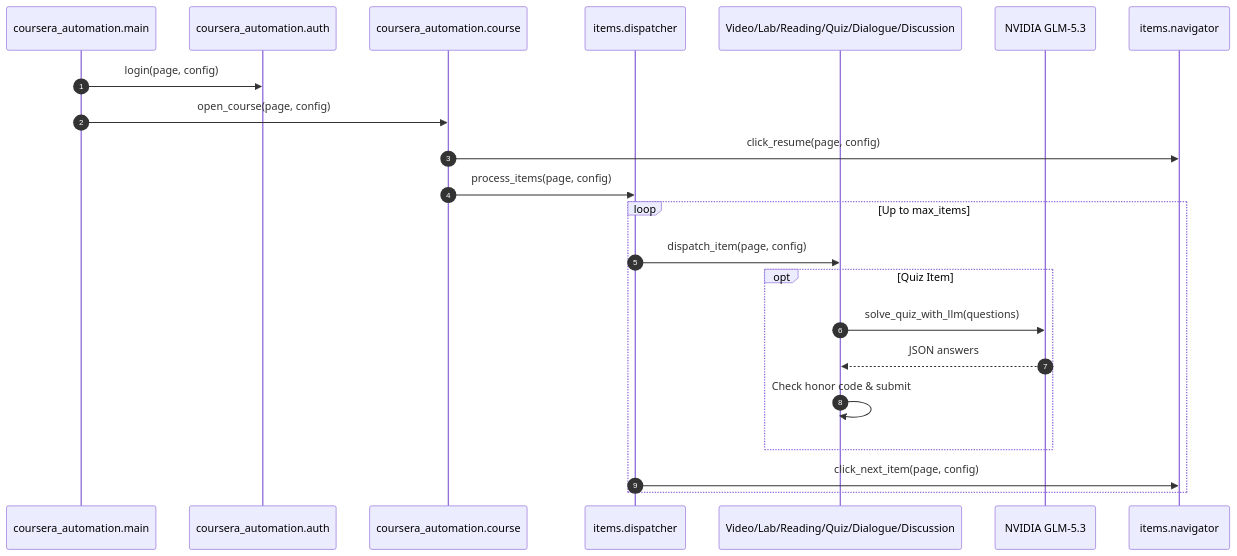
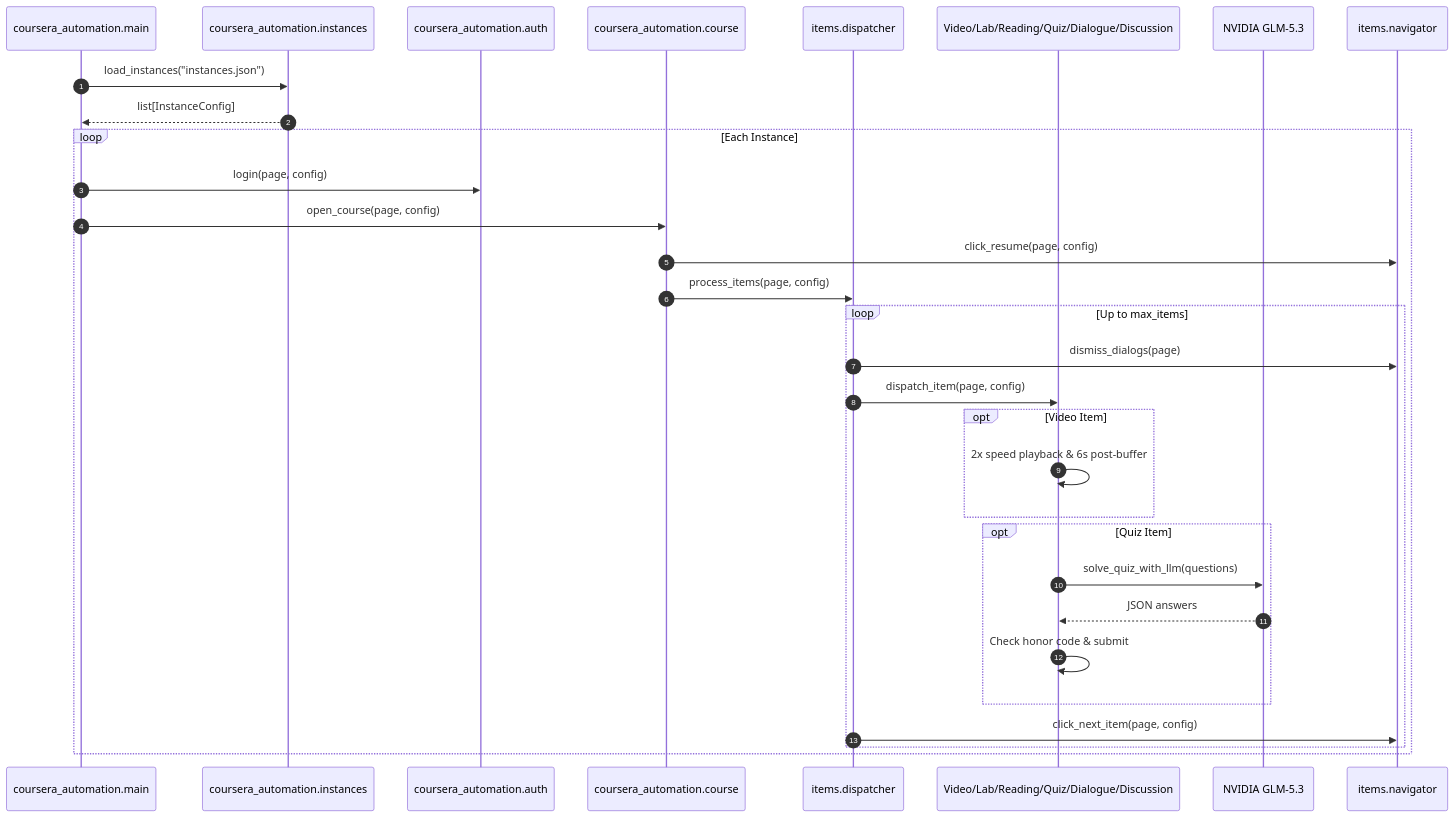
One commit to Deekshika03/coursera changed the diagram in docs/ARCHITECTURE.md. Above: the diagram before and after it, drawn with Mermaid. The commit also changed other lines of this file and 8 other files, not shown here.

Commit message:
feat: add multi-instance execution support and refine video timing and popup dismissal

````diff
--- a/docs/ARCHITECTURE.md
+++ b/docs/ARCHITECTURE.md
@@ -7,25 +7,34 @@
 ```mermaid
 sequenceDiagram
     autonumber
     participant Main as coursera_automation.main
+    participant Inst as coursera_automation.instances
     participant Auth as coursera_automation.auth
     participant Course as coursera_automation.course
     participant Disp as items.dispatcher
     participant Item as Video/Lab/Reading/Quiz/Dialogue/Discussion
     participant LLM as NVIDIA GLM-5.3
     participant Nav as items.navigator
 
-    Main->>Auth: login(page, config)
-    Main->>Course: open_course(page, config)
-    Course->>Nav: click_resume(page, config)
-    Course->>Disp: process_items(page, config)
-    loop Up to max_items
-        Disp->>Item: dispatch_item(page, config)
-        opt Quiz Item
-            Item->>LLM: solve_quiz_with_llm(questions)
-            LLM-->>Item: JSON answers
-            Item->>Item: Check honor code & submit
+    Main->>Inst: load_instances("instances.json")
+    Inst-->>Main: list[InstanceConfig]
+    loop Each Instance
+        Main->>Auth: login(page, config)
+        Main->>Course: open_course(page, config)
+        Course->>Nav: click_resume(page, config)
+        Course->>Disp: process_items(page, config)
+        loop Up to max_items
+            Disp->>Nav: dismiss_dialogs(page)
+            Disp->>Item: dispatch_item(page, config)
+            opt Video Item
+                Item->>Item: 2x speed playback & 6s post-buffer
+            end
+            opt Quiz Item
+                Item->>LLM: solve_quiz_with_llm(questions)
+                LLM-->>Item: JSON answers
+                Item->>Item: Check honor code & submit
+            end
+            Disp->>Nav: click_next_item(page, config)
         end
-        Disp->>Nav: click_next_item(page, config)
     end
 ```
````
